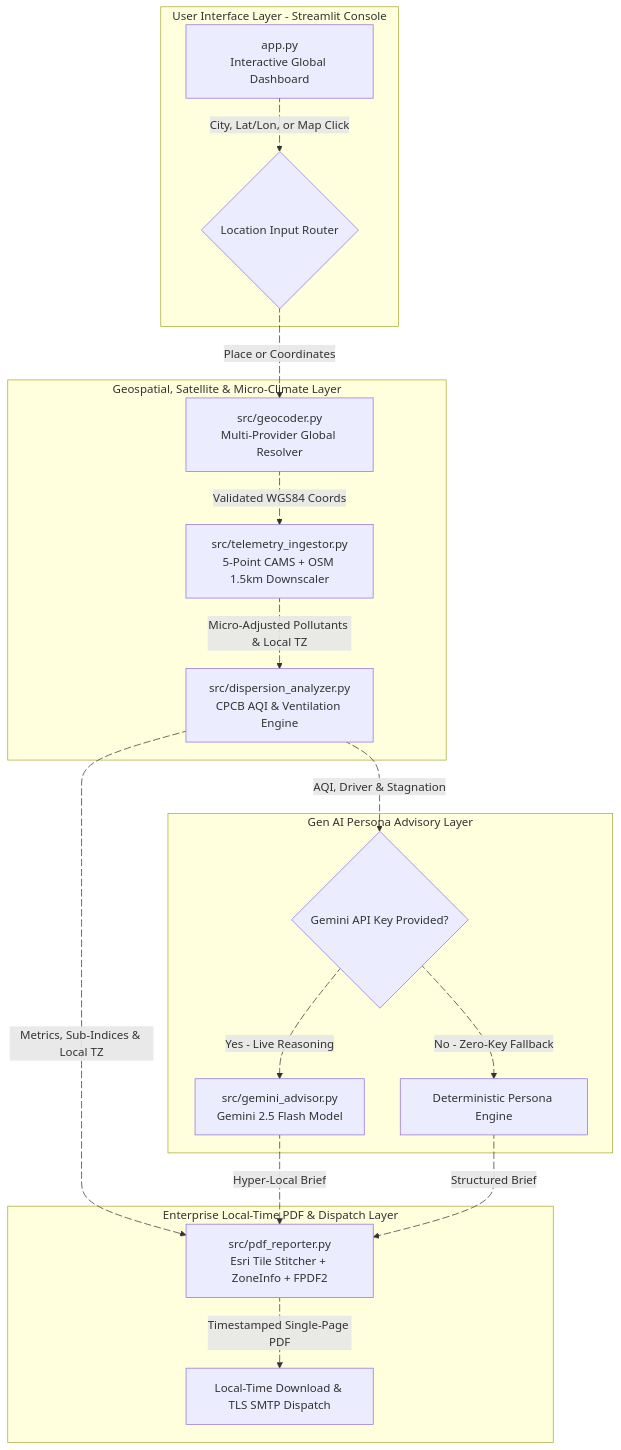
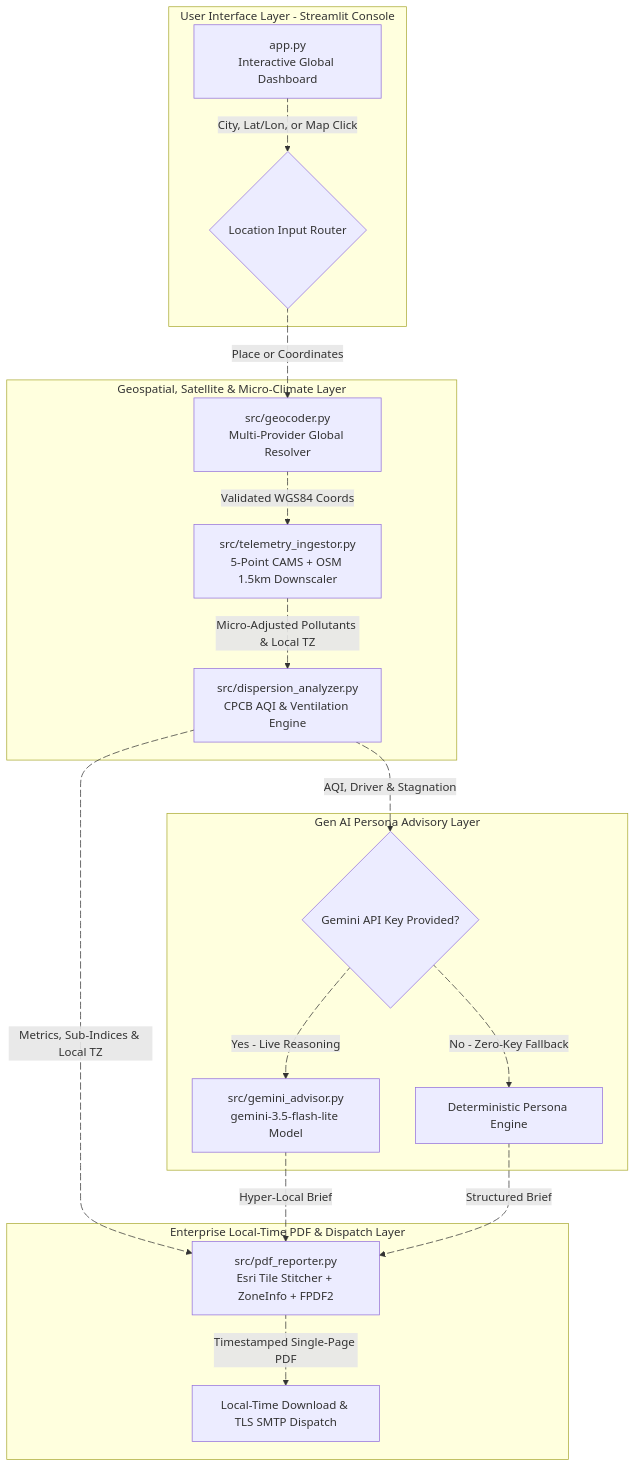
Before and after one commit to SRINIVASTA/AeroGuard-Urban-AQI-Assistant: the diagram in README.md, drawn with Mermaid. The commit also changed other lines of this file, not shown here.

````diff
--- a/README.md
+++ b/README.md
@@ -28,37 +28,37 @@
 ```mermaid
 flowchart TD
     subgraph User_Interface_Layer["User Interface Layer - Streamlit Console"]
         A["app.py<br>Interactive Global Dashboard"] e1@-->|"City, Lat/Lon, or Map Click"| B{"Location Input Router"}
     end
 
     subgraph Geospatial_Telemetry_Layer["Geospatial, Satellite & Micro-Climate Layer"]
         B e2@-->|"Place or Coordinates"| C["src/geocoder.py<br>Multi-Provider Global Resolver"]
         C e3@-->|"Validated WGS84 Coords"| D["src/telemetry_ingestor.py<br>5-Point CAMS + OSM 1.5km Downscaler"]
         D e4@-->|"Micro-Adjusted Pollutants & Local TZ"| E["src/dispersion_analyzer.py<br>CPCB AQI & Ventilation Engine"]
     end
 
     subgraph GenAI_Advisory_Layer["Gen AI Persona Advisory Layer"]
         E e5@-->|"AQI, Driver & Stagnation"| F{"Gemini API Key Provided?"}
-        F e6@-->|"Yes - Live Reasoning"| G["src/gemini_advisor.py<br>Gemini 2.5 Flash Model"]
+        F e6@-->|"Yes - Live Reasoning"| G["src/gemini_advisor.py<br>gemini-3.5-flash-lite Model"]
         F e7@-->|"No - Zero-Key Fallback"| H["Deterministic Persona Engine"]
     end
 
     subgraph Enterprise_Reporting_Layer["Enterprise Local-Time PDF & Dispatch Layer"]
         E e8@-->|"Metrics, Sub-Indices & Local TZ"| I["src/pdf_reporter.py<br>Esri Tile Stitcher + ZoneInfo + FPDF2"]
         G e9@-->|"Hyper-Local Brief"| I
         H e10@-->|"Structured Brief"| I
         I e11@-->|"Timestamped Single-Page PDF"| J["Local-Time Download & TLS SMTP Dispatch"]
     end
 
     e1@{ animate: true }
     e2@{ animate: true }
     e3@{ animate: true }
     e4@{ animate: true }
     e5@{ animate: true }
     e6@{ animate: true }
     e7@{ animate: true }
     e8@{ animate: true }
     e9@{ animate: true }
     e10@{ animate: true }
     e11@{ animate: true }
 ```
````
